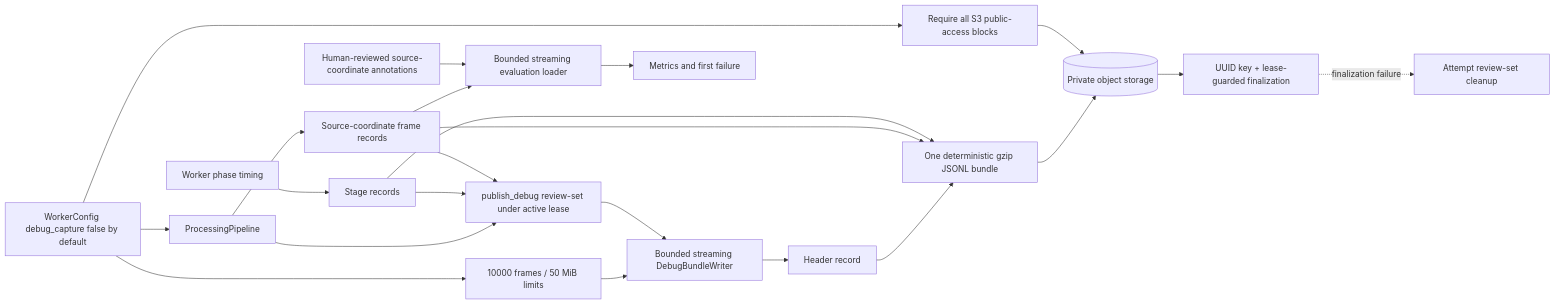
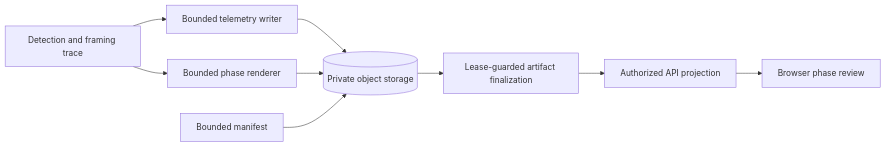
One commit to o0O96O0o/boulder-frame changed the diagram in docs/specs/worker/debug-telemetry-and-evaluation.md. Above: the diagram before and after it, drawn with Mermaid. The commit also changed other lines of this file and 56 other files, not shown here.

Commit message:
ref: detector-only framing pipeline

````diff
--- a/docs/specs/worker/debug-telemetry-and-evaluation.md
+++ b/docs/specs/worker/debug-telemetry-and-evaluation.md
@@ -51,24 +69,11 @@
 ```mermaid
 flowchart LR
-    C[WorkerConfig debug_capture false by default] --> P[ProcessingPipeline]
-    C --> L[10000 frames / 50 MiB limits]
-    C --> B[Require all S3 public-access blocks]
-    P --> F[Source-coordinate frame records]
-    K[Worker phase timing] --> S[Stage records]
-    P --> D[publish_debug review-set under active lease]
-    S --> D
-    F --> D
-    L --> W[Bounded streaming DebugBundleWriter]
-    D --> W
-    W --> H[Header record]
-    H --> G[One deterministic gzip JSONL bundle]
-    F --> G
-    S --> G
-    G --> O[(Private object storage)]
-    B --> O
-    O --> R[UUID key + lease-guarded finalization]
-    R -. finalization failure .-> X[Attempt review-set cleanup]
-    F --> E[Bounded streaming evaluation loader]
-    A[Human-reviewed source-coordinate annotations] --> E
-    E --> M[Metrics and first failure]
+  D[Detection and framing trace] --> T[Bounded telemetry writer]
+  T --> O[(Private object storage)]
+  D --> V[Bounded phase renderer]
+  V --> O
+  M[Bounded manifest] --> O
+  O --> F[Lease-guarded artifact finalization]
+  F --> A[Authorized API projection]
+  A --> B[Browser phase review]
 ```
````
